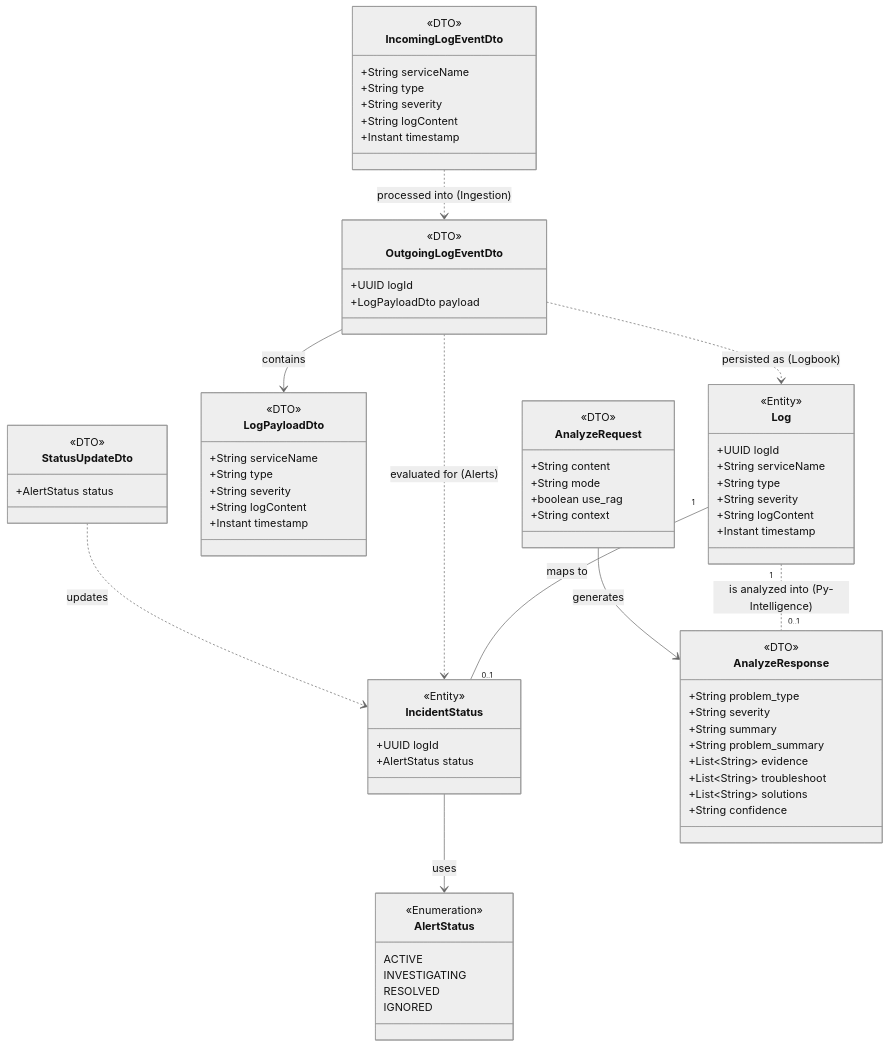
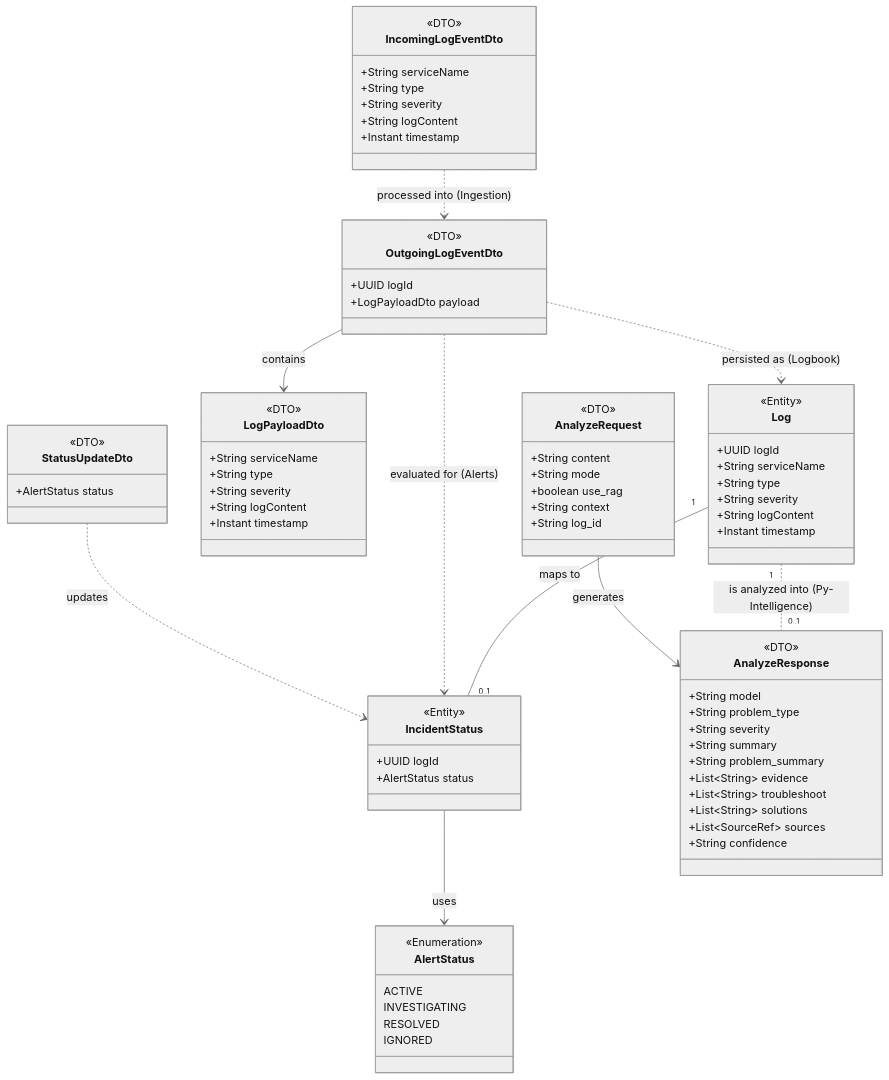
The diagram in docs/unified_analysis_object_model.md (AET-DevOps26/team-setops), drawn with Mermaid (neutral theme) before and after one commit. The commit also changed other lines of this file and 2 other files, not shown here.

Commit message:
updater documentation and use case diagram

```diff
--- a/docs/unified_analysis_object_model.md
+++ b/docs/unified_analysis_object_model.md
@@ -66,10 +66,12 @@
         +String mode
         +boolean use_rag
         +String context
+        +String log_id
     }
 
     class AnalyzeResponse {
         <<DTO>>
+        +String model
         +String problem_type
         +String severity
         +String summary
@@ -77,6 +79,7 @@
         +List~String~ evidence
         +List~String~ troubleshoot
         +List~String~ solutions
+        +List~SourceRef~ sources
         +String confidence
     }
 
```
